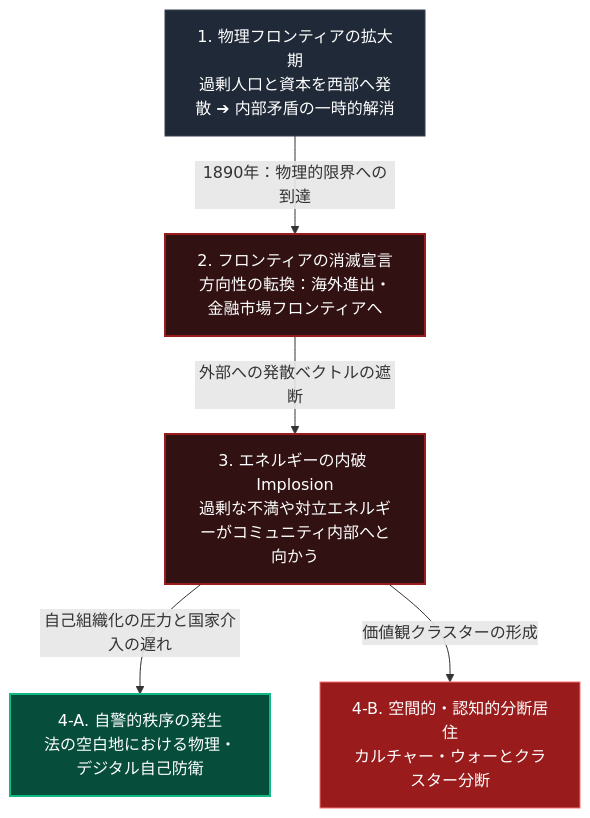
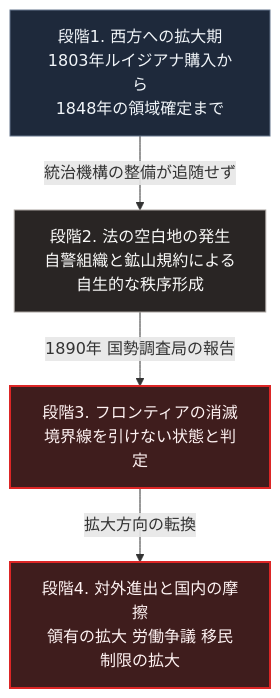
The diagram in books/sovereign-resilience-blueprint/08_american-frontier-self-reliance.md (Takenori-Kusaka/zenn-content), drawn with Mermaid before and after one commit. The commit also changed other lines of this file and 108 other files, not shown here.

````diff
--- a/books/sovereign-resilience-blueprint/08_american-frontier-self-reliance.md
+++ b/books/sovereign-resilience-blueprint/08_american-frontier-self-reliance.md
@@ -29,15 +57,12 @@
 ```mermaid
 flowchart TD
-    P1[1. 物理フロンティアの拡大期<br>過剰人口と資本を西部へ発散 ➔ 内部矛盾の一時的解消]
-    P1 -->|1890年：物理的限界への到達| P2[2. フロンティアの消滅宣言<br>方向性の転換：海外進出・金融市場フロンティアへ]
-    P2 -->|外部への発散ベクトルの遮断| P3[3. エネルギーの内破 Implosion<br>過剰な不満や対立エネルギーがコミュニティ内部へと向かう]
-    
-    P3 -->|自己組織化の圧力と国家介入の遅れ| D1[4-A. 自警的秩序の発生<br>法の空白地における物理・デジタル自己防衛]
-    P3 -->|価値観クラスターの形成| D2[4-B. 空間的・認知的分断居住<br>カルチャー・ウォーとクラスター分断]
+    P1[段階1. 西方への拡大期<br>1803年ルイジアナ購入から<br>1848年の領域確定まで]
+    P1 -->|統治機構の整備が追随せず| P2[段階2. 法の空白地の発生<br>自警組織と鉱山規約による<br>自生的な秩序形成]
+    P2 -->|1890年 国勢調査局の報告| P3[段階3. フロンティアの消滅<br>境界線を引けない状態と判定]
+    P3 -->|拡大方向の転換| P4[段階4. 対外進出と国内の摩擦<br>領有の拡大 労働争議 移民制限の拡大]
 
-    style P1 fill:#1f2937,stroke:#374151,color:#fff
-    style P2 fill:#311111,stroke:#991b1b,stroke-width:2px,color:#fff
-    style P3 fill:#311111,stroke:#991b1b,stroke-width:2px,color:#fff
-    style D1 fill:#064e3b,stroke:#10b981,stroke-width:2px,color:#fff
-    style D2 fill:#991b1b,stroke:#f87171,color:#fff
+    style P1 fill:#1e293b,stroke:#64748b,color:#f1f5f9
+    style P2 fill:#292524,stroke:#a8a29e,color:#fafaf9
+    style P3 fill:#3f1d1d,stroke:#dc2626,stroke-width:2px,color:#fef2f2
+    style P4 fill:#3f1d1d,stroke:#dc2626,stroke-width:2px,color:#fef2f2
 ```
````
